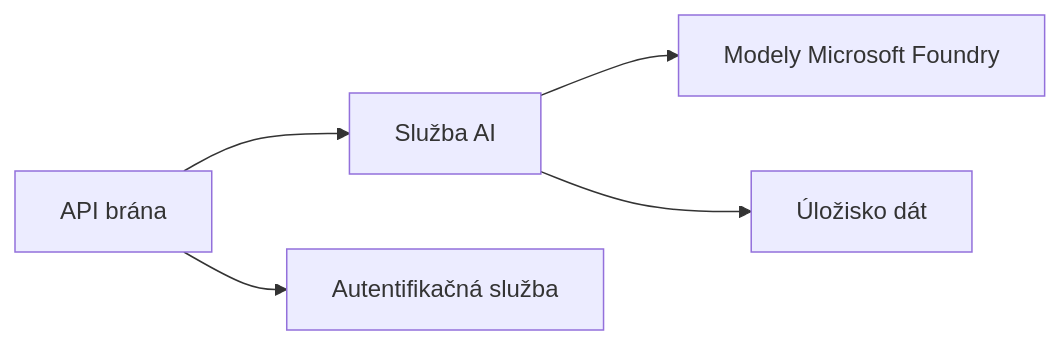
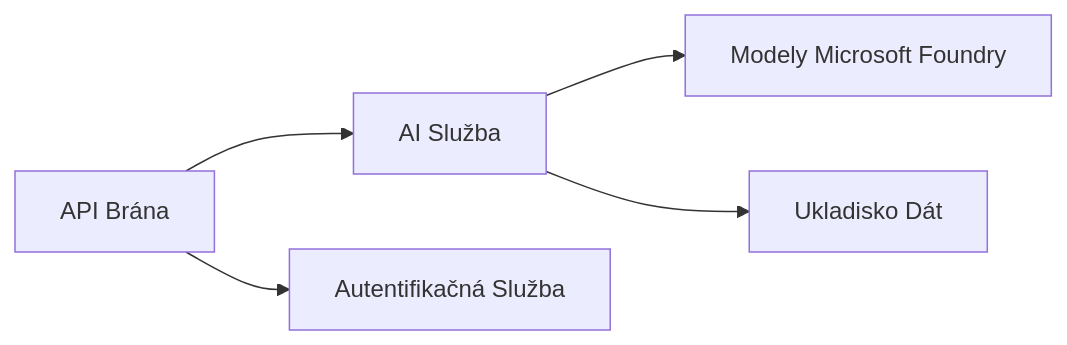
The first of 2 diagrams in translations/sk/docs/chapter-08-production/README.md (microsoft/AZD-for-beginners), drawn with Mermaid before and after one commit. The commit also changed other lines of this file and 101 other files, not shown here.

````diff
--- a/translations/sk/docs/chapter-08-production/README.md
+++ b/translations/sk/docs/chapter-08-production/README.md
@@ -46,6 +48,6 @@
 ```mermaid
 graph LR
-    Gateway[API brána] --> AI[Služba AI] --> Models[Modely Microsoft Foundry]
-    Gateway --> Auth[Autentifikačná služba]
-    AI --> Data[Úložisko dát]
+    Gateway[API Brána] --> AI[AI Služba] --> Models[Modely Microsoft Foundry]
+    Gateway --> Auth[Autentifikačná Služba]
+    AI --> Data[Ukladisko Dát]
 ```
````
